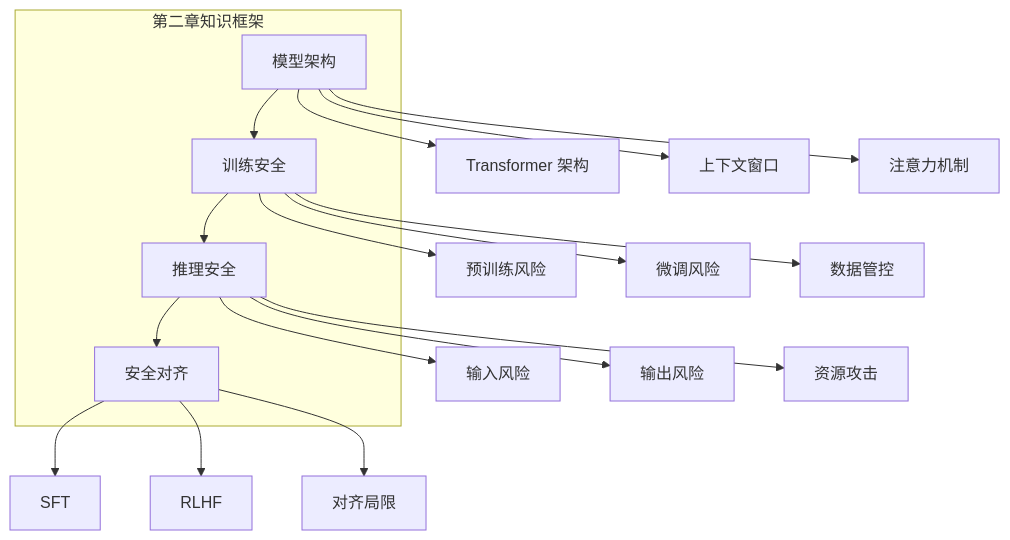
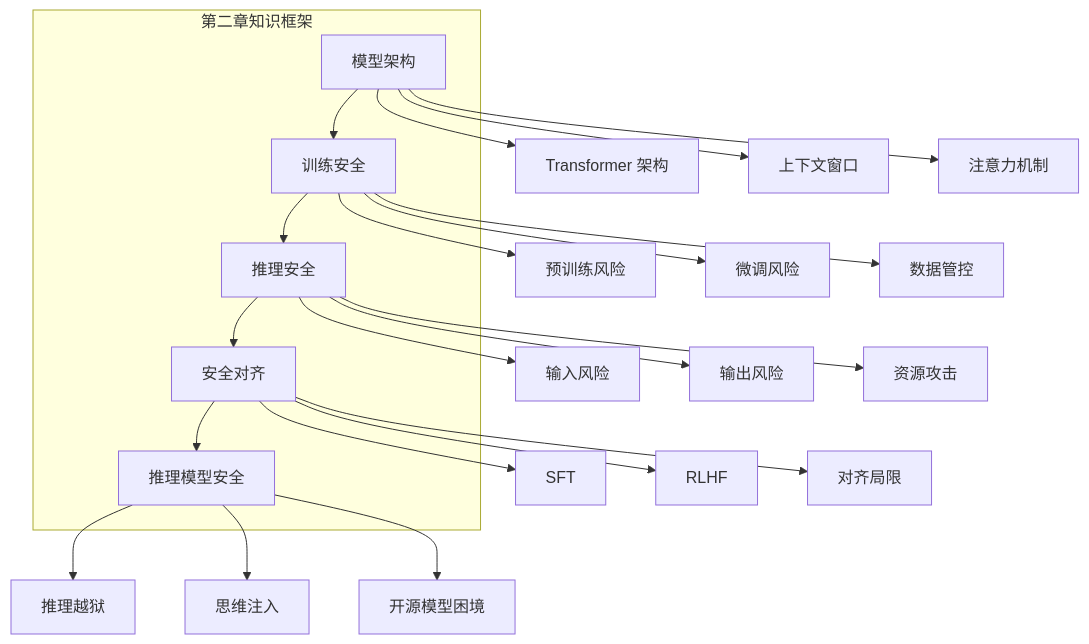
One commit to yeasy/ai_security_guide changed the diagram in 02_fundamentals/summary.md. Above: the diagram before and after it, drawn with Mermaid. The commit also changed other lines of this file and 5 other files, not shown here.

````diff
--- a/02_fundamentals/summary.md
+++ b/02_fundamentals/summary.md
@@ -17,24 +19,29 @@
 ```mermaid
 graph TB
     subgraph "第二章知识框架"
     A["模型架构"] --> B["训练安全"]
     B --> C["推理安全"]
     C --> D["安全对齐"]
+    D --> E["推理模型安全"]
     end
 
     A --> A1["Transformer 架构"]
     A --> A2["上下文窗口"]
     A --> A3["注意力机制"]
 
     B --> B1["预训练风险"]
     B --> B2["微调风险"]
     B --> B3["数据管控"]
 
     C --> C1["输入风险"]
     C --> C2["输出风险"]
     C --> C3["资源攻击"]
 
     D --> D1["SFT"]
     D --> D2["RLHF"]
     D --> D3["对齐局限"]
+
+    E --> E1["推理越狱"]
+    E --> E2["思维注入"]
+    E --> E3["开源模型困境"]
 ```
````
